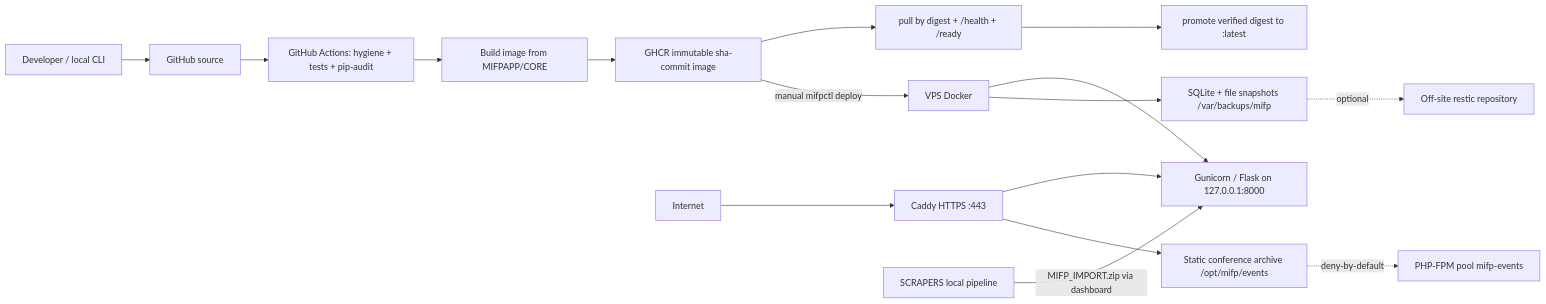
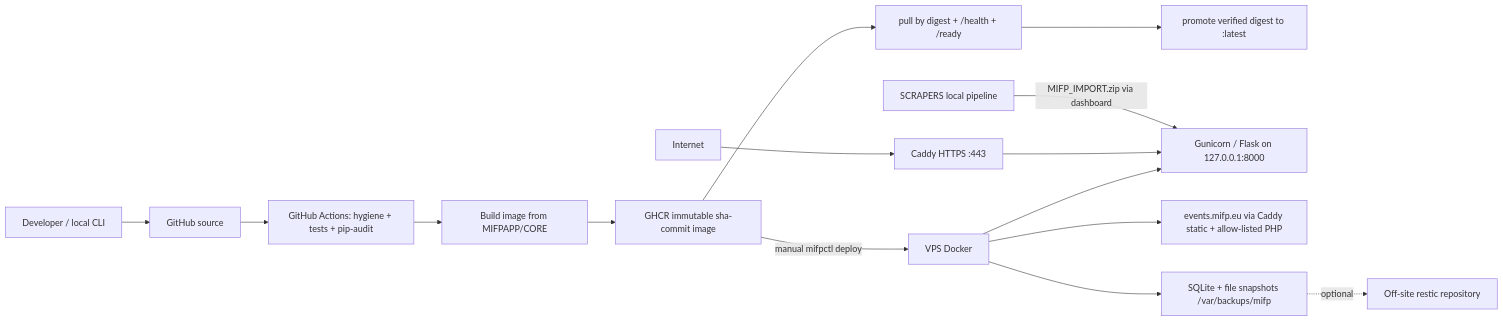
The diagram in docs/audit/MIFP_PRODUCTION_SECURITY_AUDIT.md (matginesi/mifp-webapp), drawn with Mermaid before and after one commit. The commit also changed other lines of this file and 49 other files, not shown here.

````diff
--- a/docs/audit/MIFP_PRODUCTION_SECURITY_AUDIT.md
+++ b/docs/audit/MIFP_PRODUCTION_SECURITY_AUDIT.md
@@ -990,18 +990,17 @@
 ```mermaid
 flowchart LR
     Dev[Developer / local CLI] --> Git[GitHub source]
     Git --> CI[GitHub Actions: hygiene + tests + pip-audit]
     CI --> Build[Build image from MIFPAPP/CORE]
     Build --> GHCR[GHCR immutable sha-commit image]
     GHCR --> Verify[pull by digest + /health + /ready]
     Verify --> Promote[promote verified digest to :latest]
     GHCR -->|manual mifpctl deploy| VPS[VPS Docker]
     VPS --> Flask[Gunicorn / Flask on 127.0.0.1:8000]
     Internet --> Caddy[Caddy HTTPS :443]
     Caddy --> Flask
-    Caddy --> Events[Static conference archive /opt/mifp/events]
-    Events -. deny-by-default .-> PHP[PHP-FPM pool mifp-events]
+    VPS --> Events[events.mifp.eu via Caddy static + allow-listed PHP]
     VPS --> Backups[SQLite + file snapshots /var/backups/mifp]
     Backups -. optional .-> Restic[Off-site restic repository]
     Scrapers[SCRAPERS local pipeline] -->|MIFP_IMPORT.zip via dashboard| Flask
 ```
````
